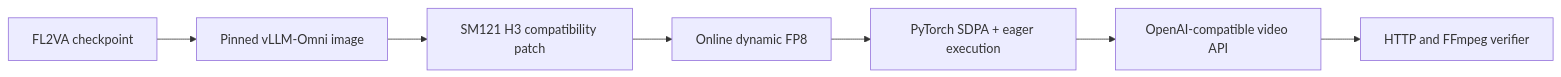
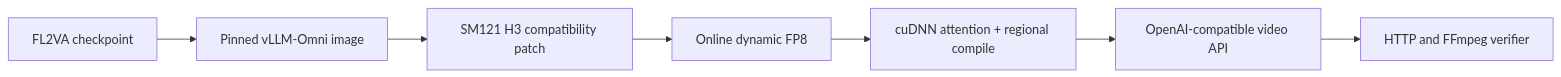
The diagram in README.md (joeynyc/MiniMax-H3-DGX-Spark), drawn with Mermaid before and after one commit. The commit also changed other lines of this file and 22 other files, not shown here.

````diff
--- a/README.md
+++ b/README.md
@@ -47,9 +52,9 @@
 ```mermaid
 flowchart LR
     A[FL2VA checkpoint] --> B[Pinned vLLM-Omni image]
     B --> C[SM121 H3 compatibility patch]
     C --> D[Online dynamic FP8]
-    D --> E[PyTorch SDPA + eager execution]
+    D --> E[cuDNN attention + regional compile]
     E --> F[OpenAI-compatible video API]
     F --> G[HTTP and FFmpeg verifier]
 ```
````
